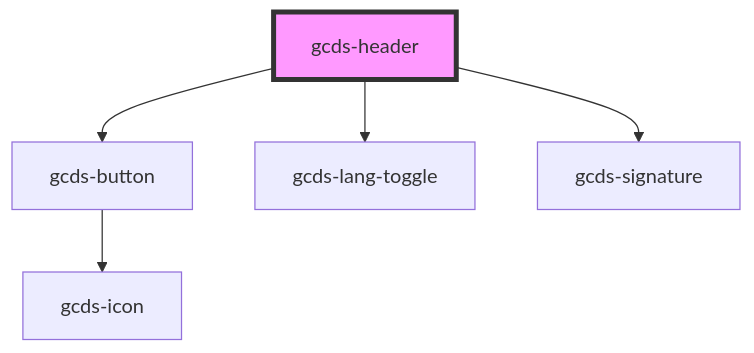
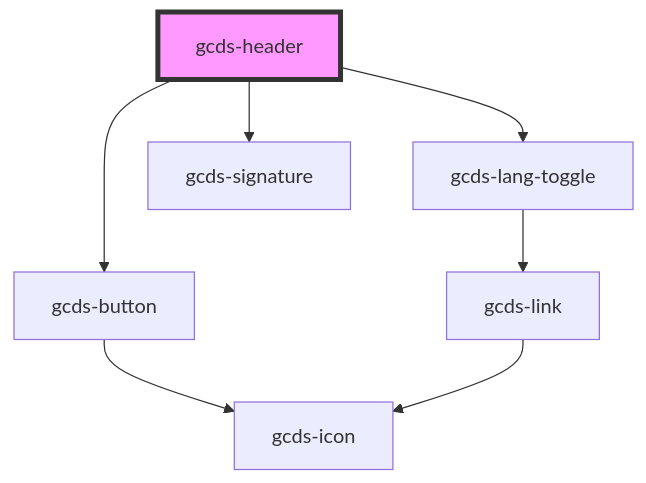
One commit to cds-snc/gcds-components changed the diagram in packages/web/src/components/gcds-header/readme.md. Above: the diagram before and after it, drawn with Mermaid. The commit also changed 5 other files, not shown here.

Commit message:
refactor: integrate gcds-link into gcds-lang-toggle

````diff
--- a/packages/web/src/components/gcds-header/readme.md
+++ b/packages/web/src/components/gcds-header/readme.md
@@ -27,8 +27,10 @@
 ```mermaid
 graph TD;
   gcds-header --> gcds-button
   gcds-header --> gcds-lang-toggle
   gcds-header --> gcds-signature
   gcds-button --> gcds-icon
+  gcds-lang-toggle --> gcds-link
+  gcds-link --> gcds-icon
   style gcds-header fill:#f9f,stroke:#333,stroke-width:4px
 ```
````
